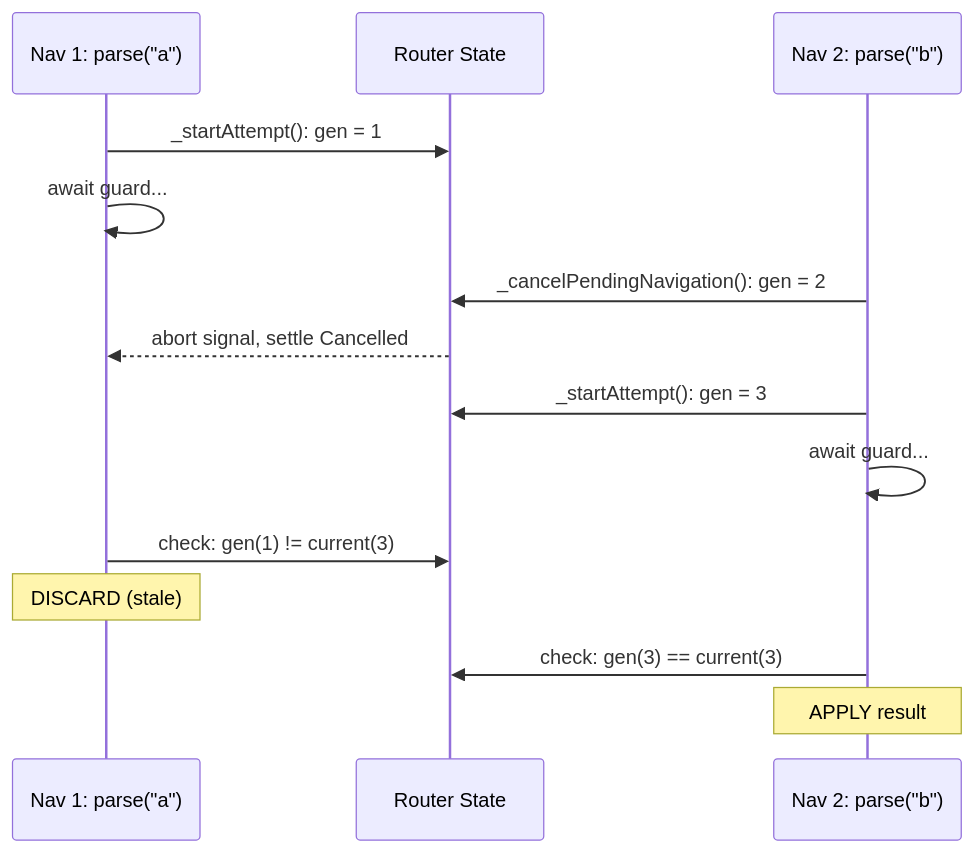
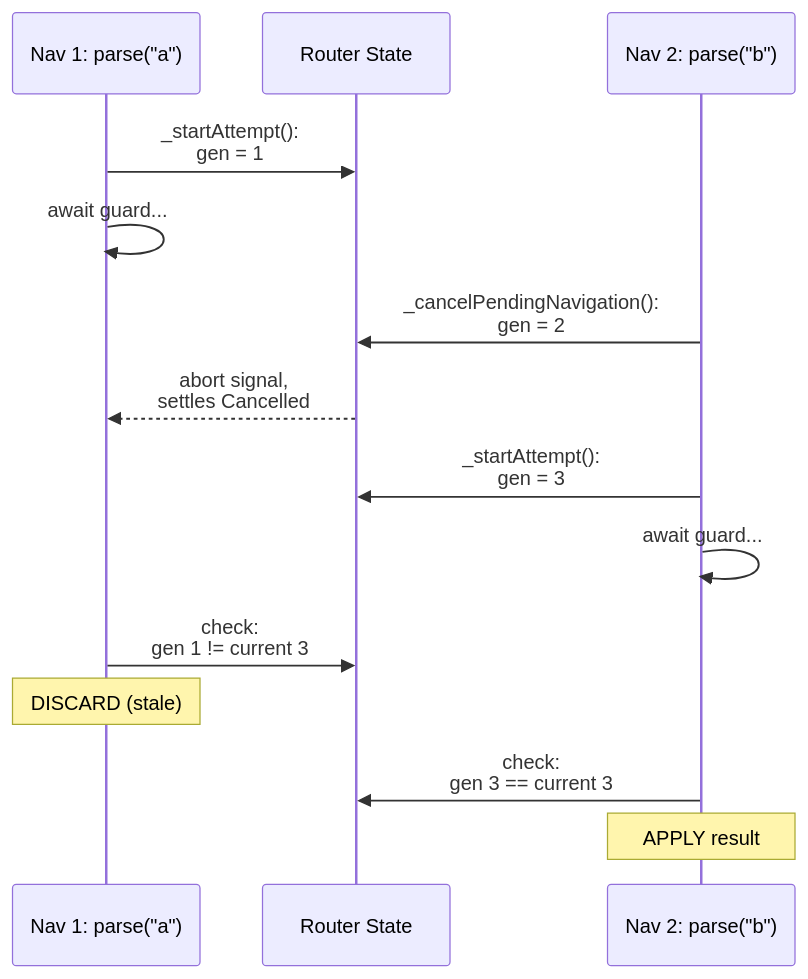
Before and after one commit to wridgeu/ui5-lib-guard-router: the sixth of 10 diagrams in docs/reference/architecture.md, drawn with Mermaid. The commit also changed other lines of this file and 202 other files, not shown here.

````diff
--- a/docs/reference/architecture.md
+++ b/docs/reference/architecture.md
@@ -689,17 +690,16 @@
 ```mermaid
 sequenceDiagram
     participant Nav1 as Nav 1: parse("a")
     participant Router as Router State
     participant Nav2 as Nav 2: parse("b")
-
-    Nav1->>Router: _startAttempt(): gen = 1
+    Nav1->>Router: _startAttempt():<br/>gen = 1
     Nav1->>Nav1: await guard...
-    Nav2->>Router: _cancelPendingNavigation(): gen = 2
-    Router-->>Nav1: abort signal, settle Cancelled
-    Nav2->>Router: _startAttempt(): gen = 3
+    Nav2->>Router: _cancelPendingNavigation():<br/>gen = 2
+    Router-->>Nav1: abort signal,<br/>settles Cancelled
+    Nav2->>Router: _startAttempt():<br/>gen = 3
     Nav2->>Nav2: await guard...
-    Nav1->>Router: check: gen(1) != current(3)
+    Nav1->>Router: check:<br/>gen 1 != current 3
     Note over Nav1: DISCARD (stale)
-    Nav2->>Router: check: gen(3) == current(3)
+    Nav2->>Router: check:<br/>gen 3 == current 3
     Note over Nav2: APPLY result
 ```
````
